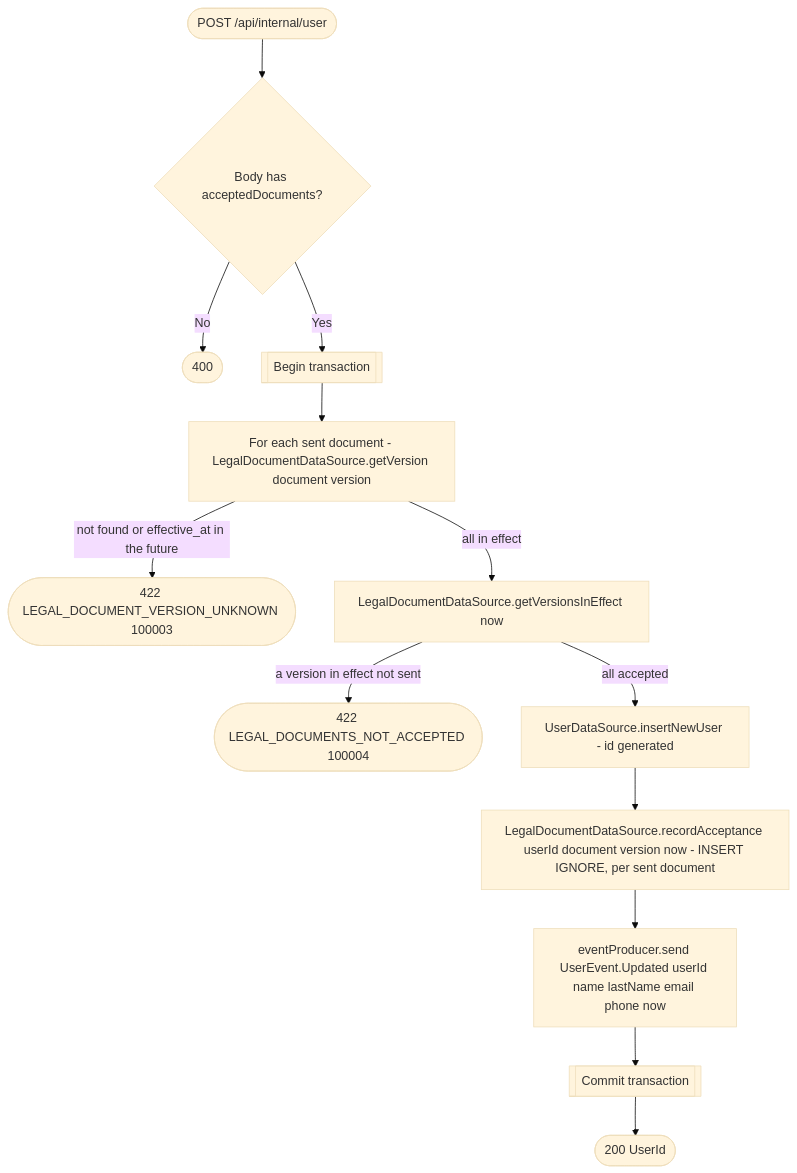
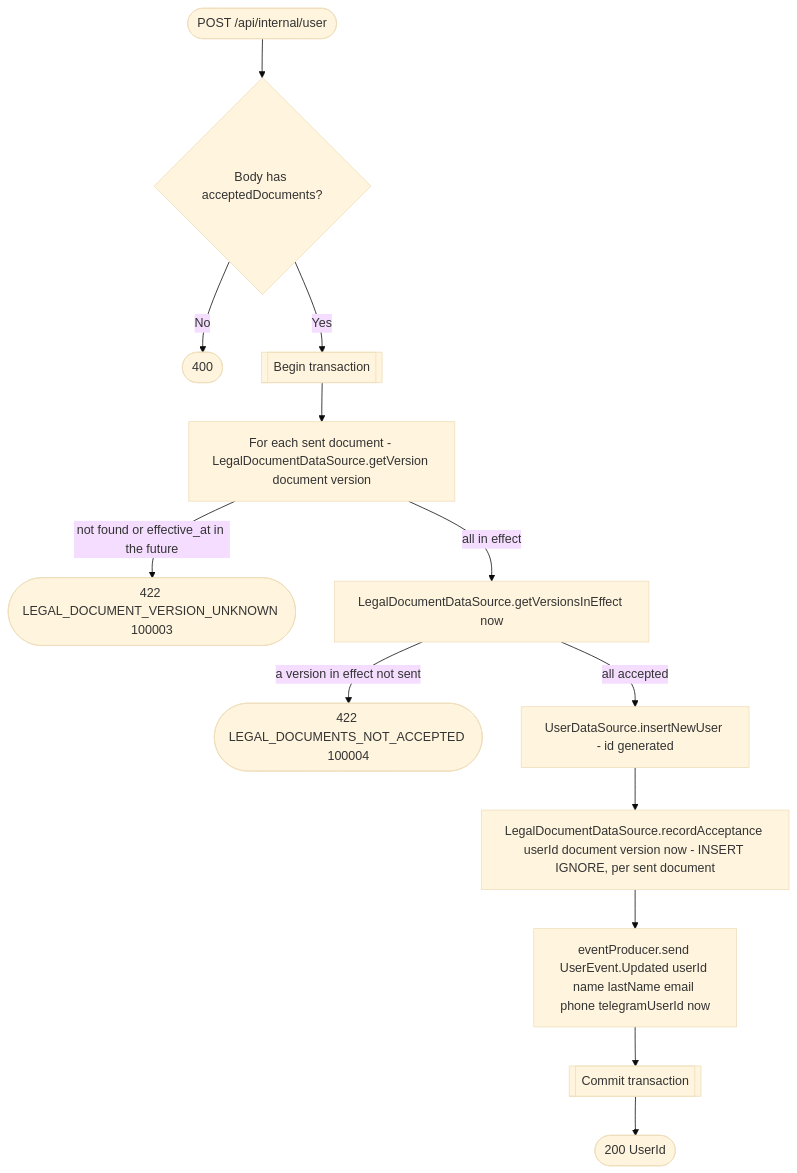
Before and after one commit to nocturneproperties/bookkme: the diagram in docs/operations/user/create-user-internal.md, drawn with Mermaid (base theme). The commit also changed other lines of this file and 39 other files, not shown here.

````diff
--- a/docs/operations/user/create-user-internal.md
+++ b/docs/operations/user/create-user-internal.md
@@ -20,15 +23,15 @@
 ```mermaid
 flowchart TD
     Start([POST /api/internal/user]) --> Decode{Body has acceptedDocuments?}
     Decode -- No --> R400([400])
     Decode -- Yes --> Tx[[Begin transaction]]
     Tx --> Each[For each sent document - LegalDocumentDataSource.getVersion document version]
     Each -- not found or effective_at in the future --> R422a([422 LEGAL_DOCUMENT_VERSION_UNKNOWN 100003])
     Each -- all in effect --> InEffect[LegalDocumentDataSource.getVersionsInEffect now]
     InEffect -- a version in effect not sent --> R422b([422 LEGAL_DOCUMENTS_NOT_ACCEPTED 100004])
     InEffect -- all accepted --> Insert[UserDataSource.insertNewUser - id generated]
     Insert --> Record[LegalDocumentDataSource.recordAcceptance userId document version now - INSERT IGNORE, per sent document]
-    Record --> Event[eventProducer.send UserEvent.Updated userId name lastName email phone now]
+    Record --> Event[eventProducer.send UserEvent.Updated userId name lastName email phone telegramUserId now]
     Event --> Commit[[Commit transaction]]
     Commit --> R200([200 UserId])
 ```
````
